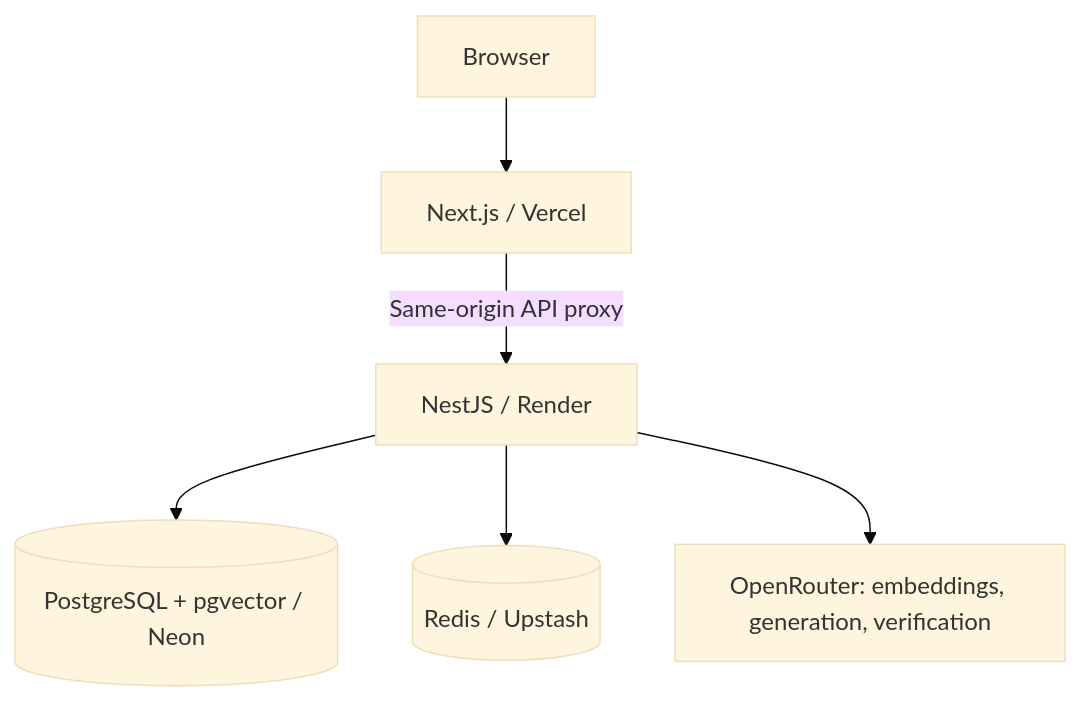
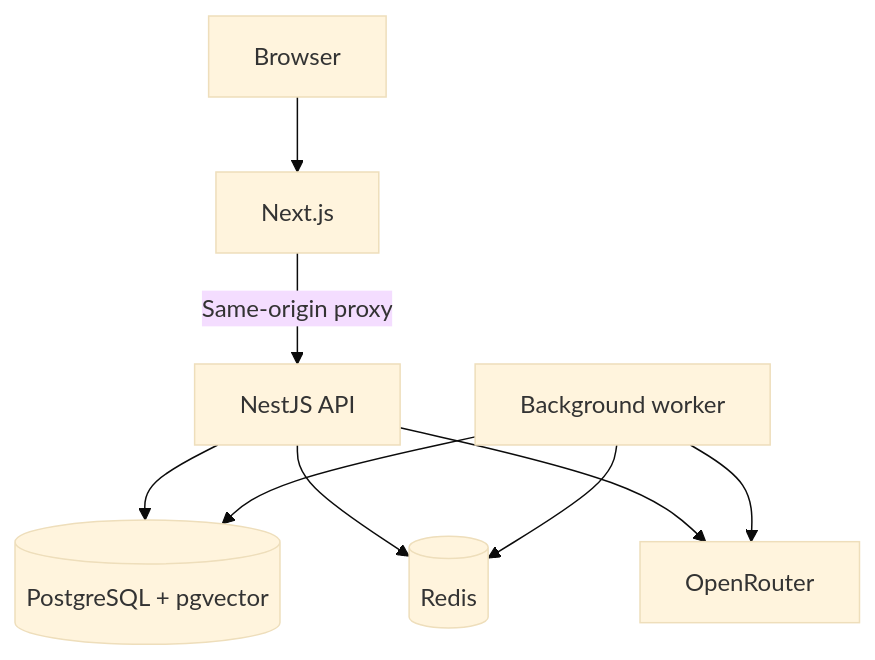
Before and after one commit to iamrakiib/veriqon: the second of 2 diagrams in README.md, drawn with Mermaid (base theme). The commit also changed other lines of this file and 202 other files, not shown here.

````diff
--- a/README.md
+++ b/README.md
@@ -61,8 +122,11 @@
-```mermaid
+~~~mermaid
 flowchart TD
-    Browser --> Web[Next.js / Vercel]
-    Web -->|Same-origin API proxy| API[NestJS / Render]
-    API --> PG[(PostgreSQL + pgvector / Neon)]
-    API --> Redis[(Redis / Upstash)]
-    API --> Provider[OpenRouter: embeddings, generation, verification]
-```
+    Browser --> Web[Next.js]
+    Web -->|Same-origin proxy| API[NestJS API]
+    API --> PG[(PostgreSQL + pgvector)]
+    API --> Redis[(Redis)]
+    API --> Models[OpenRouter]
+    Worker[Background worker] --> PG
+    Worker --> Redis
+    Worker --> Models
+~~~
````
